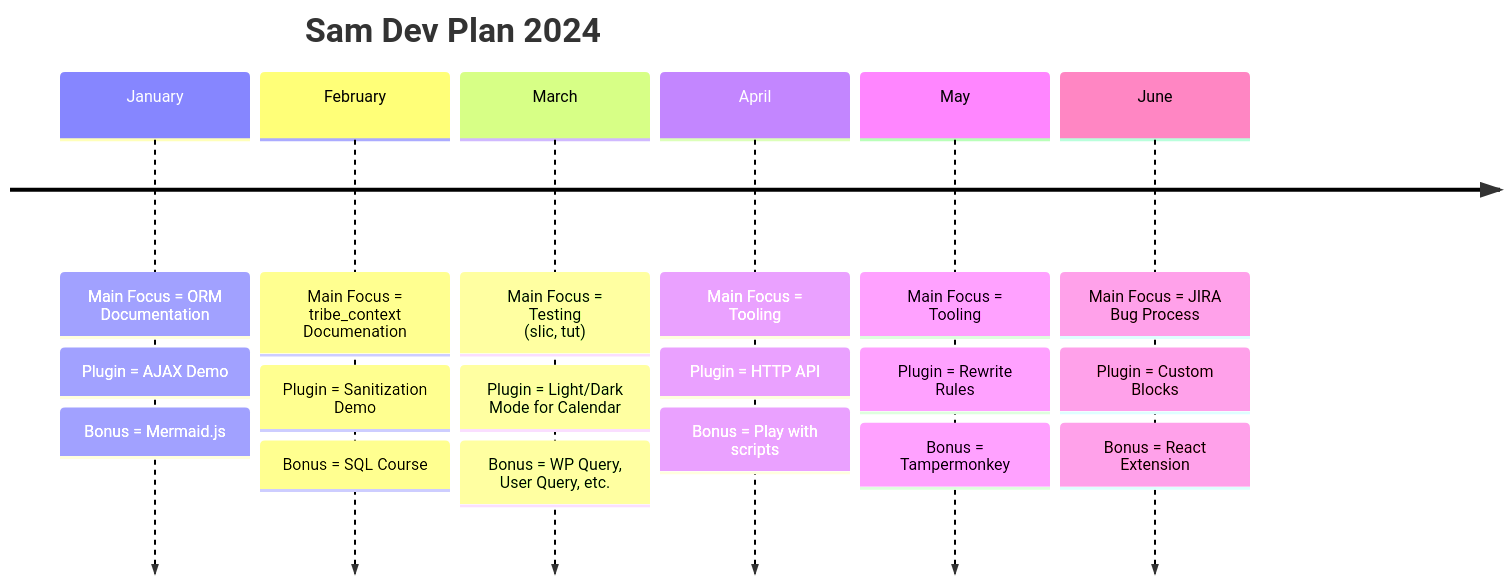
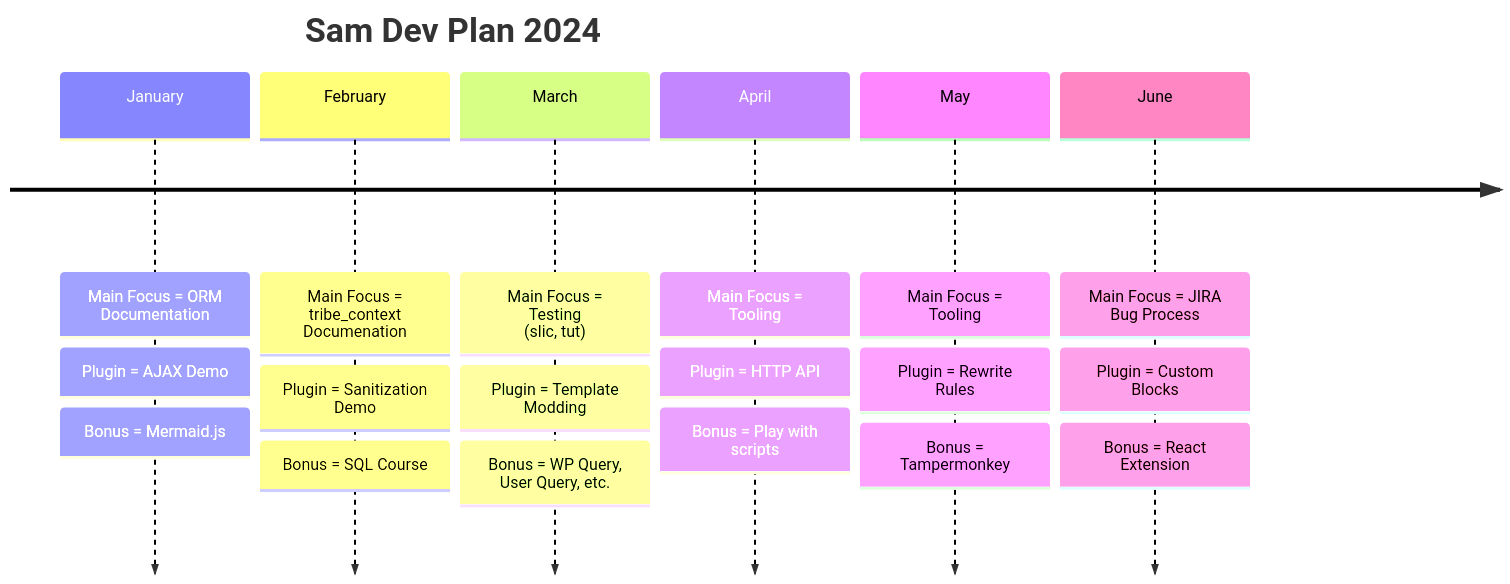
One commit to sdokus/dev-day-notes changed the diagram in 2024-plan.md. Above: the diagram before and after it, drawn with Mermaid.

Commit message:
switched dark/light mode to template

````diff
--- a/2024-plan.md
+++ b/2024-plan.md
@@ -1,28 +1,28 @@
 ```mermaid
 timeline
         title Sam Dev Plan 2024
         January
         : Main Focus = ORM Documentation
         : Plugin = AJAX Demo
         : Bonus = Mermaid.js
         February
         : Main Focus = tribe_context Documenation
         : Plugin = Sanitization Demo
         : Bonus = SQL Course
         March 
         : Main Focus = Testing <br> (slic, tut)
-        : Plugin = Light/Dark Mode for Calendar
+        : Plugin = Template Modding
         : Bonus = WP Query, User Query, etc. 
         April
         : Main Focus = Tooling
         : Plugin = HTTP API
         : Bonus = Play with scripts
         May
         : Main Focus = Tooling
         : Plugin = Rewrite Rules
         : Bonus = Tampermonkey
         June
         : Main Focus = JIRA Bug Process
         : Plugin = Custom Blocks
         : Bonus = React Extension 
 ```
````
